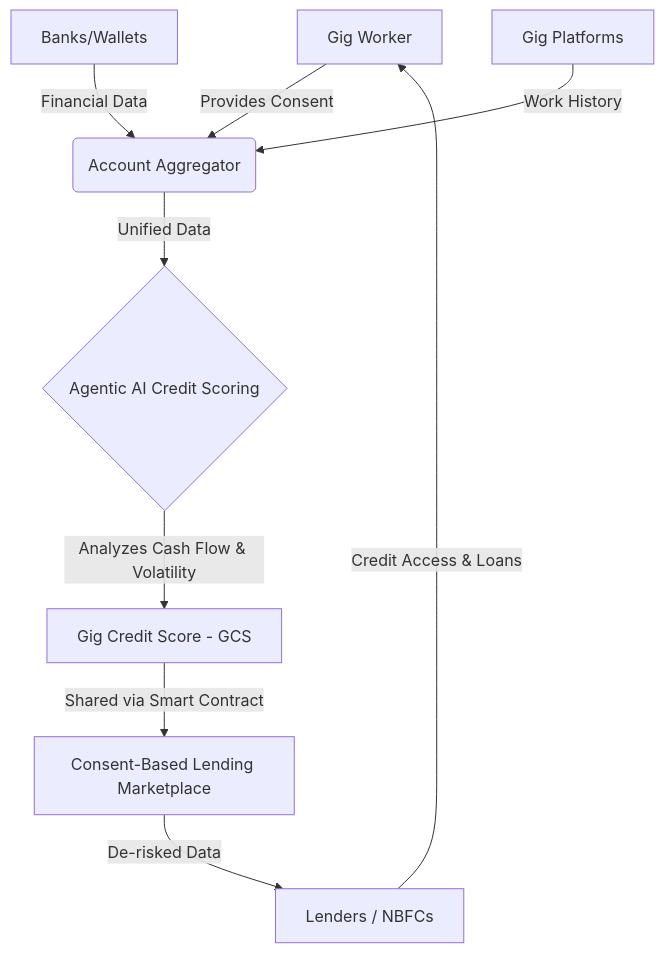
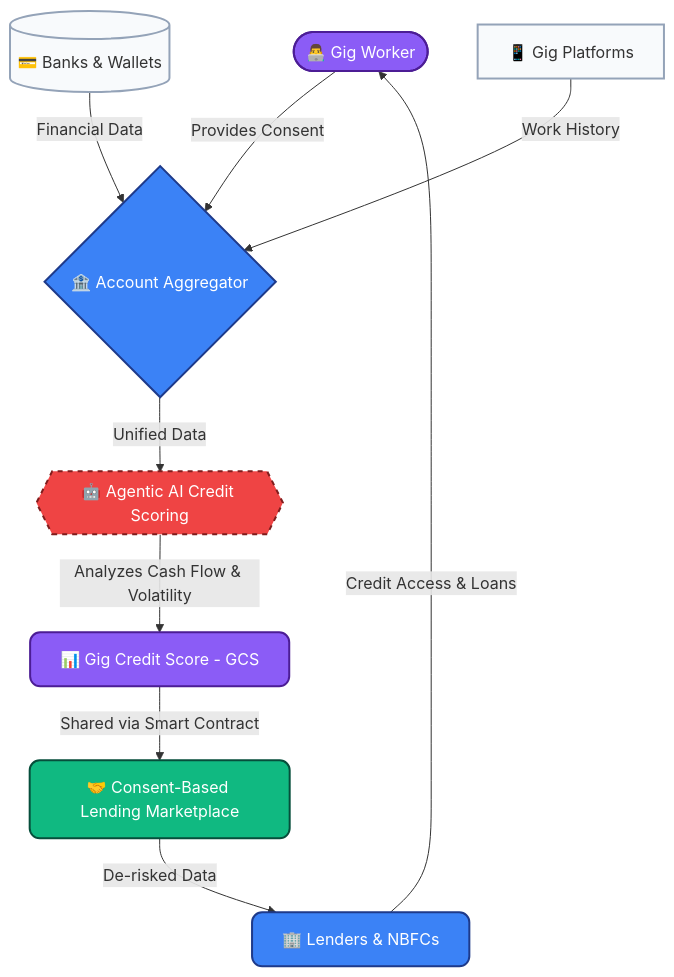
The first of 2 diagrams in README.md (kumarsutanu09das/Crediflow-chaar-yaar-), drawn with Mermaid before and after one commit. The commit also changed other lines of this file, not shown here.

````diff
--- a/README.md
+++ b/README.md
@@ -17,11 +17,18 @@
 ```mermaid
 graph TD
-    A[Gig Worker] -->|Provides Consent| B(Account Aggregator)
-    C[Banks/Wallets] -->|Financial Data| B
-    D[Gig Platforms] -->|Work History| B
-    B -->|Unified Data| E{Agentic AI Credit Scoring}
-    E -->|Analyzes Cash Flow & Volatility| F[Gig Credit Score - GCS]
-    F -->|Shared via Smart Contract| G[Consent-Based Lending Marketplace]
-    G -->|De-risked Data| H[Lenders / NBFCs]
+    %% Styling
+    classDef worker fill:#8b5cf6,stroke:#4c1d95,stroke-width:2px,color:#fff,rx:10,ry:10;
+    classDef agg fill:#3b82f6,stroke:#1e3a8a,stroke-width:2px,color:#fff,rx:10,ry:10;
+    classDef ai fill:#ef4444,stroke:#7f1d1d,stroke-width:2px,stroke-dasharray: 5 5,color:#fff,rx:10,ry:10;
+    classDef market fill:#10b981,stroke:#064e3b,stroke-width:2px,color:#fff,rx:10,ry:10;
+    classDef default fill:#f8fafc,stroke:#94a3b8,stroke-width:2px;
+
+    A([👨‍💻 Gig Worker]):::worker -->|Provides Consent| B{🏦 Account Aggregator}:::agg
+    C[(💳 Banks & Wallets)] -->|Financial Data| B
+    D[📱 Gig Platforms] -->|Work History| B
+    B -->|Unified Data| E{{🤖 Agentic AI Credit Scoring}}:::ai
+    E -->|Analyzes Cash Flow & Volatility| F[📊 Gig Credit Score - GCS]:::worker
+    F -->|Shared via Smart Contract| G[🤝 Consent-Based Lending Marketplace]:::market
+    G -->|De-risked Data| H[🏢 Lenders & NBFCs]:::agg
     H -->|Credit Access & Loans| A
 ```
````
